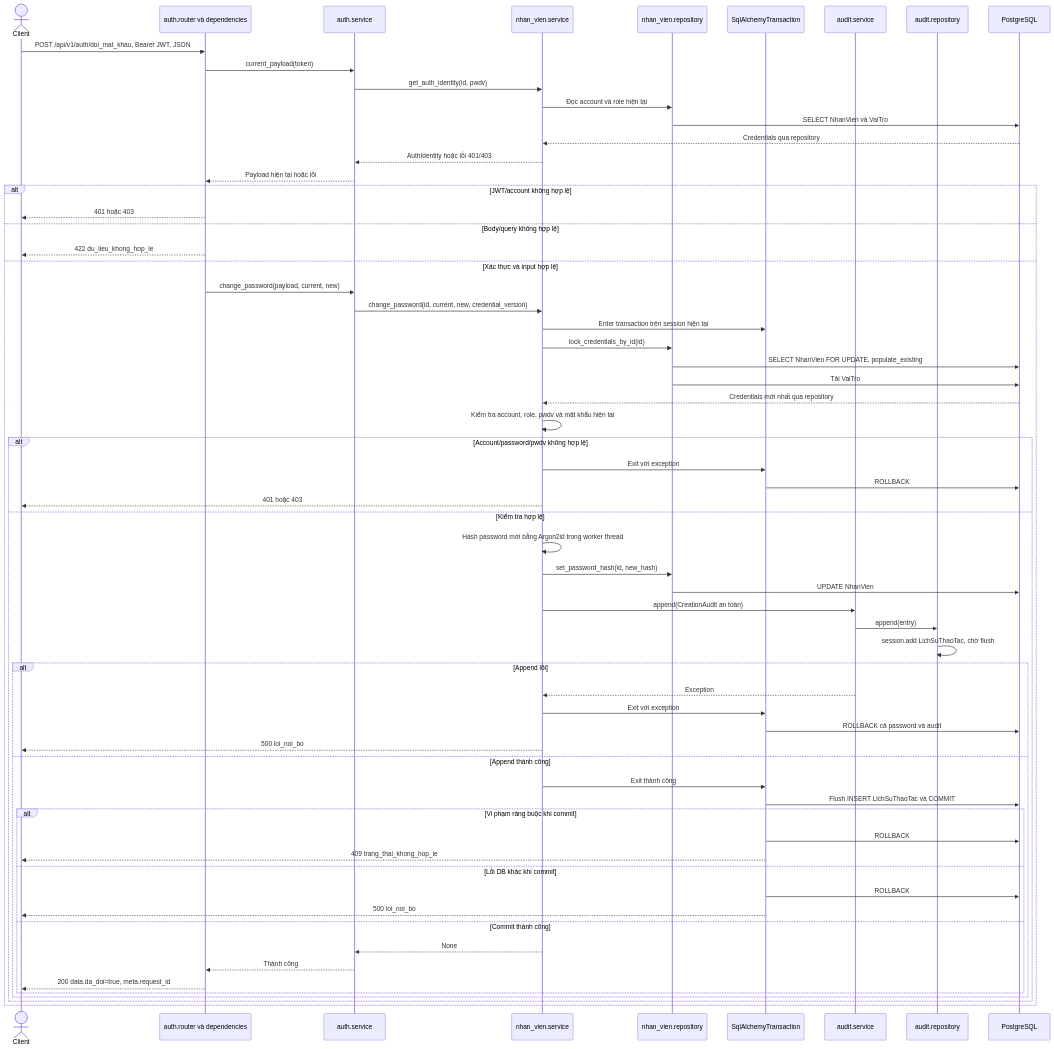
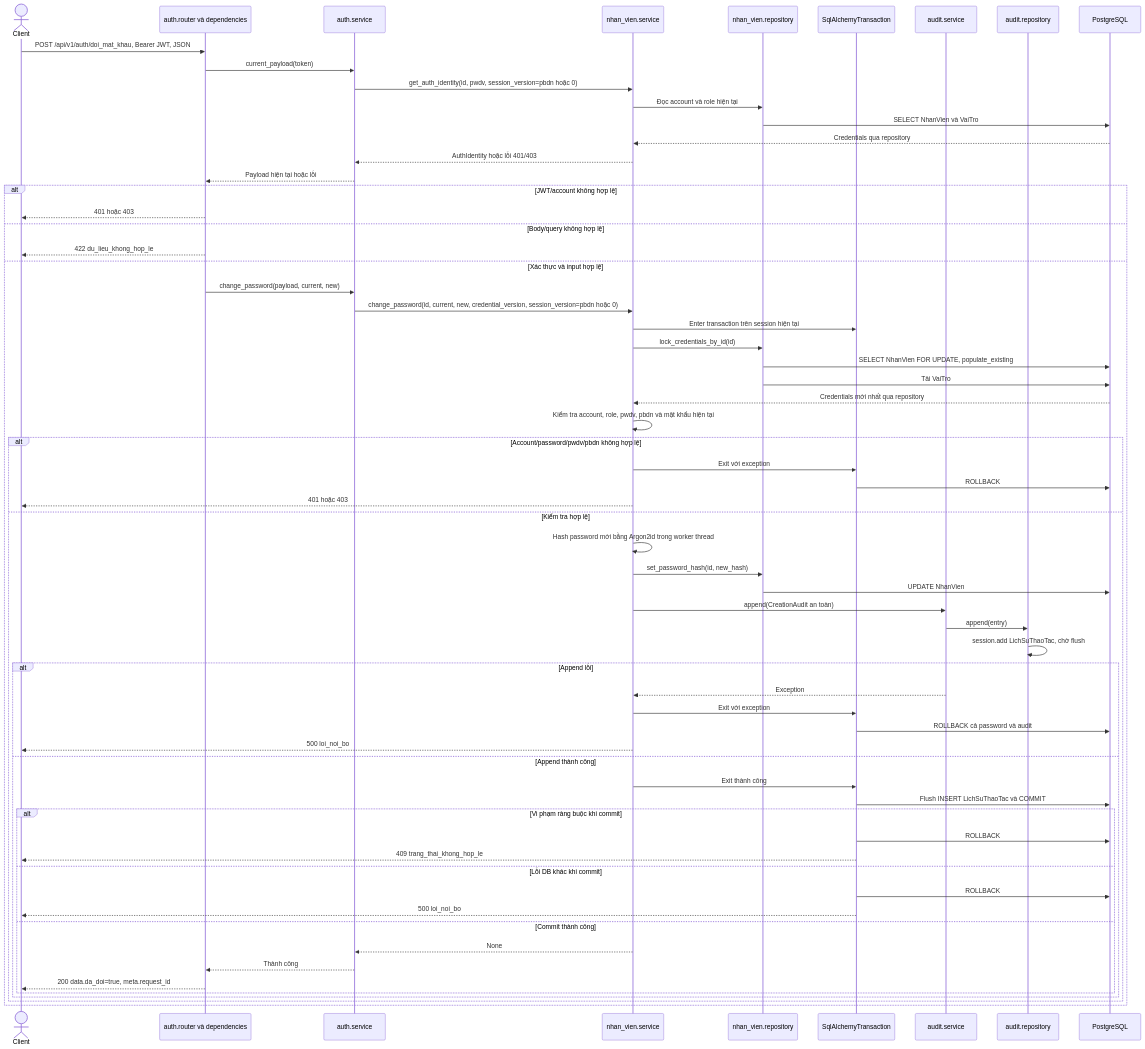
One commit to thanhklt/xbike-mrp-system changed the fourth of 4 diagrams in docs/sequence/auth.md. Above: the diagram before and after it, drawn with Mermaid. The commit also changed other lines of this file and 14 other files, not shown here.

````diff
--- a/docs/sequence/auth.md
+++ b/docs/sequence/auth.md
@@ -189,66 +191,66 @@
 ```mermaid
 sequenceDiagram
     actor C as Client
     participant R as auth.router và dependencies
     participant A as auth.service
     participant N as nhan_vien.service
     participant P as nhan_vien.repository
     participant T as SqlAlchemyTransaction
     participant U as audit.service
     participant AP as audit.repository
     participant DB as PostgreSQL
     C->>R: POST /api/v1/auth/doi_mat_khau, Bearer JWT, JSON
     R->>A: current_payload(token)
-    A->>N: get_auth_identity(id, pwdv)
+    A->>N: get_auth_identity(id, pwdv, session_version=pbdn hoặc 0)
     N->>P: Đọc account và role hiện tại
     P->>DB: SELECT NhanVien và VaiTro
     DB-->>N: Credentials qua repository
     N-->>A: AuthIdentity hoặc lỗi 401/403
     A-->>R: Payload hiện tại hoặc lỗi
     alt JWT/account không hợp lệ
         R-->>C: 401 hoặc 403
     else Body/query không hợp lệ
         R-->>C: 422 du_lieu_khong_hop_le
     else Xác thực và input hợp lệ
         R->>A: change_password(payload, current, new)
-        A->>N: change_password(id, current, new, credential_version)
+        A->>N: change_password(id, current, new, credential_version, session_version=pbdn hoặc 0)
         N->>T: Enter transaction trên session hiện tại
         N->>P: lock_credentials_by_id(id)
         P->>DB: SELECT NhanVien FOR UPDATE, populate_existing
         P->>DB: Tải VaiTro
         DB-->>N: Credentials mới nhất qua repository
-        N->>N: Kiểm tra account, role, pwdv và mật khẩu hiện tại
-        alt Account/password/pwdv không hợp lệ
+        N->>N: Kiểm tra account, role, pwdv, pbdn và mật khẩu hiện tại
+        alt Account/password/pwdv/pbdn không hợp lệ
             N->>T: Exit với exception
             T->>DB: ROLLBACK
             N-->>C: 401 hoặc 403
         else Kiểm tra hợp lệ
             N->>N: Hash password mới bằng Argon2id trong worker thread
             N->>P: set_password_hash(id, new_hash)
             P->>DB: UPDATE NhanVien
             N->>U: append(CreationAudit an toàn)
             U->>AP: append(entry)
             AP->>AP: session.add LichSuThaoTac, chờ flush
             alt Append lỗi
                 U-->>N: Exception
                 N->>T: Exit với exception
                 T->>DB: ROLLBACK cả password và audit
                 N-->>C: 500 loi_noi_bo
             else Append thành công
                 N->>T: Exit thành công
                 T->>DB: Flush INSERT LichSuThaoTac và COMMIT
                 alt Vi phạm ràng buộc khi commit
                     T->>DB: ROLLBACK
                     T-->>C: 409 trang_thai_khong_hop_le
                 else Lỗi DB khác khi commit
                     T->>DB: ROLLBACK
                     T-->>C: 500 loi_noi_bo
                 else Commit thành công
                     N-->>A: None
                     A-->>R: Thành công
                     R-->>C: 200 data.da_doi=true, meta.request_id
                 end
             end
         end
     end
 ```
````
